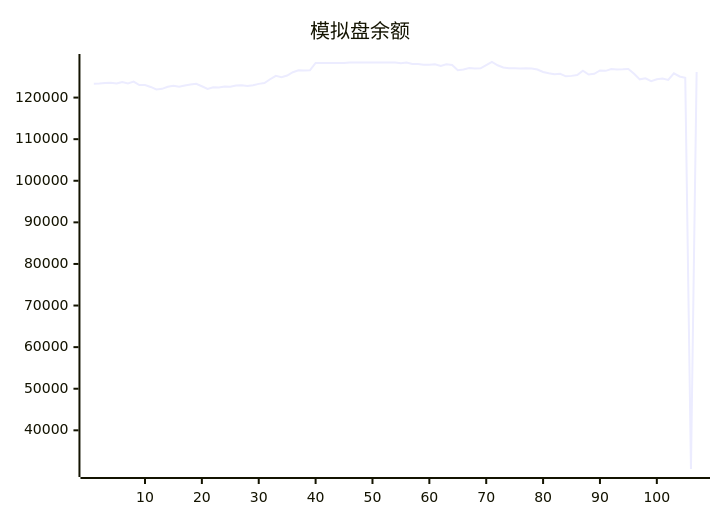
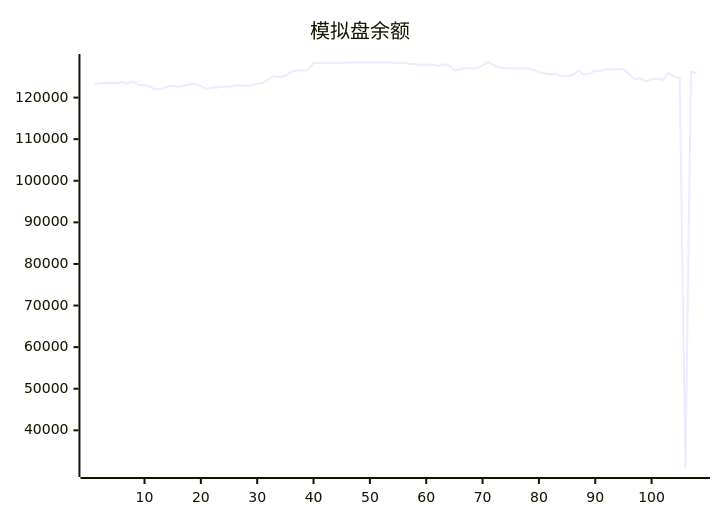
Before and after one commit to aahl/ai-trading: the diagram in README.md, drawn with Mermaid. The commit also changed other lines of this file and 1 other file, not shown here.

````diff
--- a/README.md
+++ b/README.md
@@ -5,5 +5,5 @@
 ```mermaid
 xychart
     title "模拟盘余额"
-    line [123338,123402,123530,123592,123378,123745,123413,123853,123009,123040,122557,121938,122095,122599,122856,122597,122898,123160,123319,122719,122087,122454,122416,122685,122592,122907,122961,122776,122981,123295,123507,124403,125224,124894,125303,126088,126544,126534,126549,128335,128318,128318,128318,128318,128318,128424,128424,128424,128424,128424,128424,128424,128424,128424,128247,128412,128062,128087,127917,127901,128026,127611,128000,127850,126572,126770,127100,126971,127029,127783,128554,127765,127224,127064,127044,127009,127025,127004,126738,126152,125871,125635,125707,125117,125217,125420,126480,125545,125715,126511,126424,126856,126764,126788,126890,125710,124381,124632,123936,124402,124574,124256,125833,125070,124739,30700,126154]
+    line [123338,123402,123530,123592,123378,123745,123413,123853,123009,123040,122557,121938,122095,122599,122856,122597,122898,123160,123319,122719,122087,122454,122416,122685,122592,122907,122961,122776,122981,123295,123507,124403,125224,124894,125303,126088,126544,126534,126549,128335,128318,128318,128318,128318,128318,128424,128424,128424,128424,128424,128424,128424,128424,128424,128247,128412,128062,128087,127917,127901,128026,127611,128000,127850,126572,126770,127100,126971,127029,127783,128554,127765,127224,127064,127044,127009,127025,127004,126738,126152,125871,125635,125707,125117,125217,125420,126480,125545,125715,126511,126424,126856,126764,126788,126890,125710,124381,124632,123936,124402,124574,124256,125833,125070,124739,30700,126154,125966]
 ```
````
